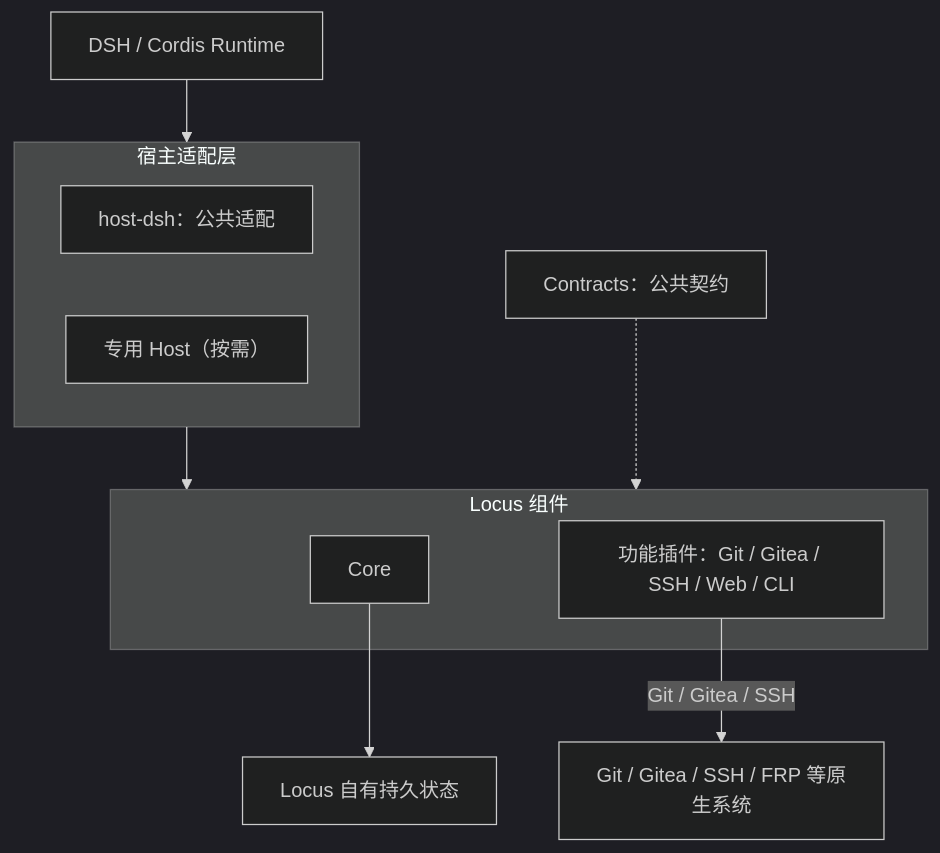
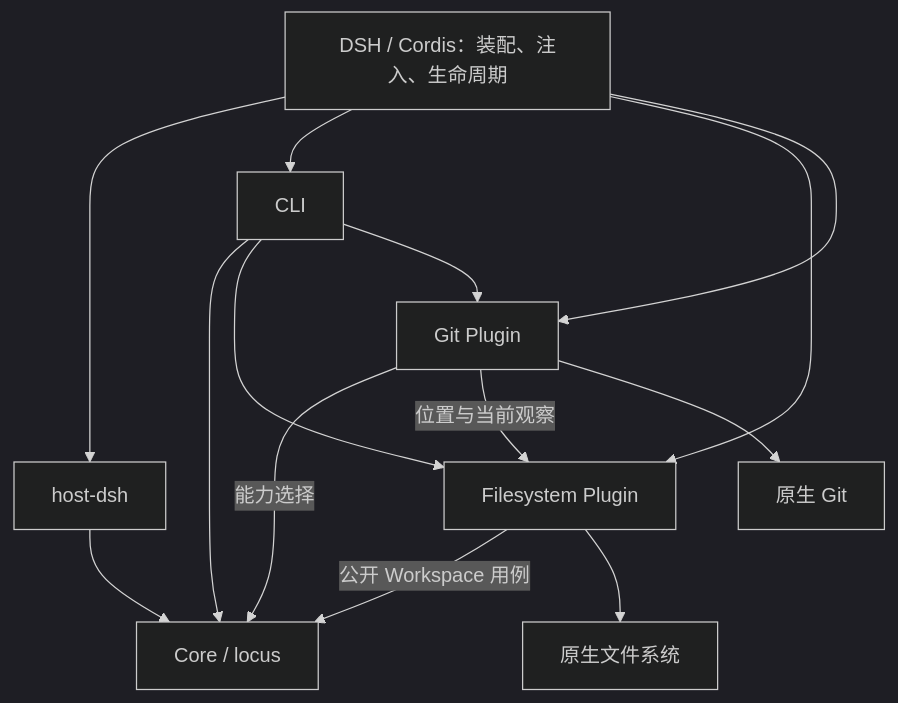
One commit to SWdrift/locus-workspace changed the diagram in docs/architecture.md. Above: the diagram before and after it, drawn with Mermaid (dark theme). The commit also changed other lines of this file and 20 other files, not shown here.

````diff
--- a/docs/architecture.md
+++ b/docs/architecture.md
@@ -17,25 +25,16 @@
 ```mermaid
 flowchart TD
-    DSH["DSH / Cordis Runtime"]
-
-    subgraph Adapters["宿主适配层"]
-        Host["host-dsh：公共适配"]
-        Special["专用 Host（按需）"]
-    end
-
-    subgraph Components["Locus 组件"]
-        Core["Core"]
-        Plugins["功能插件：Git / Gitea / SSH / Web / CLI"]
-    end
-
-    Contracts["Contracts：公共契约"]
-    Native["Git / Gitea / SSH / FRP 等原生系统"]
-    State["Locus 自有持久状态"]
-
-    DSH --> Adapters
-    Adapters --> Components
-    Contracts -.-> Components
-
-    Plugins -->|Git / Gitea / SSH| Native
-    Core --> State
+    DSH["DSH / Cordis：装配、注入、生命周期"] --> Host["host-dsh"]
+    DSH --> CLI["CLI"]
+    DSH --> FS["Filesystem Plugin"]
+    DSH --> Git["Git Plugin"]
+    Host --> Core["Core / locus"]
+    CLI --> Core
+    CLI --> FS
+    CLI --> Git
+    FS -->|"公开 Workspace 用例"| Core
+    Git -->|"能力选择"| Core
+    Git -->|"位置与当前观察"| FS
+    FS --> Files["原生文件系统"]
+    Git --> NativeGit["原生 Git"]
 ```
````
